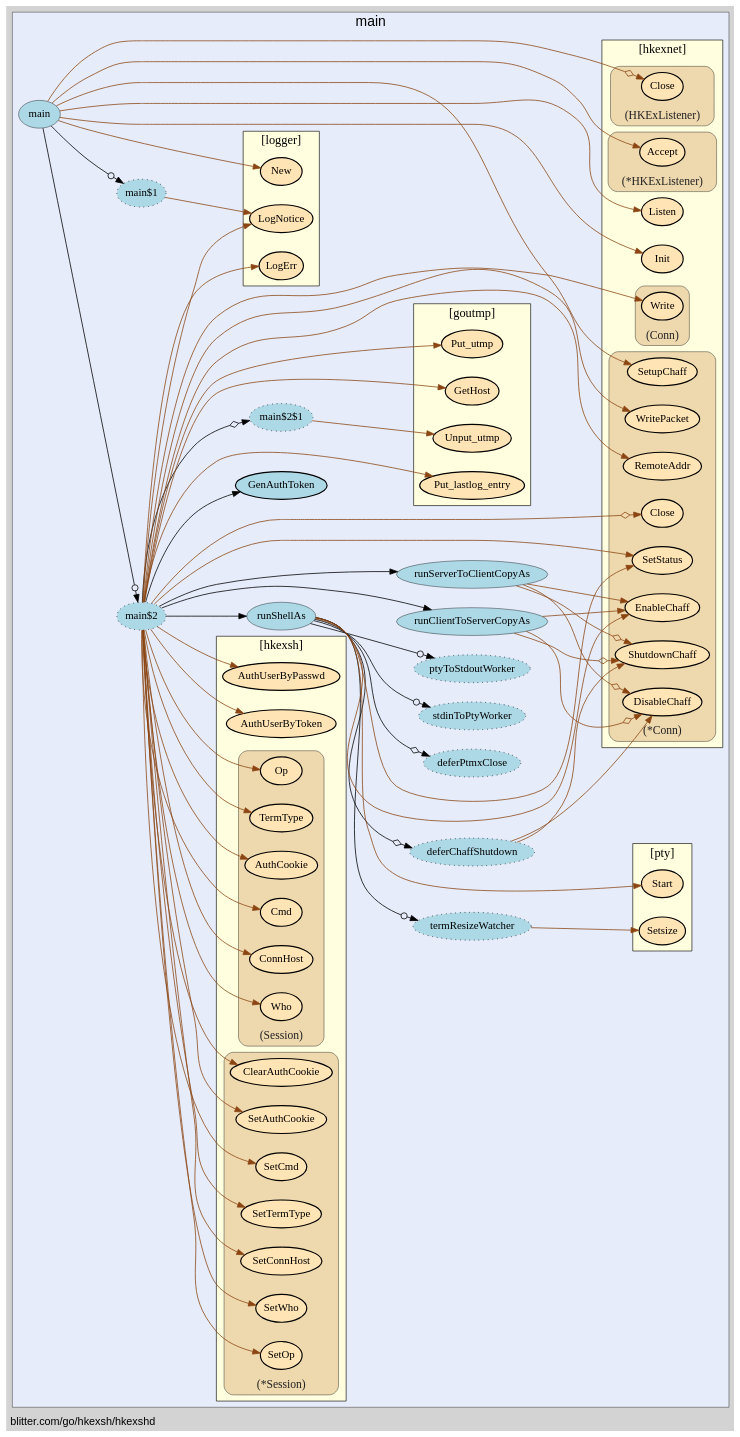
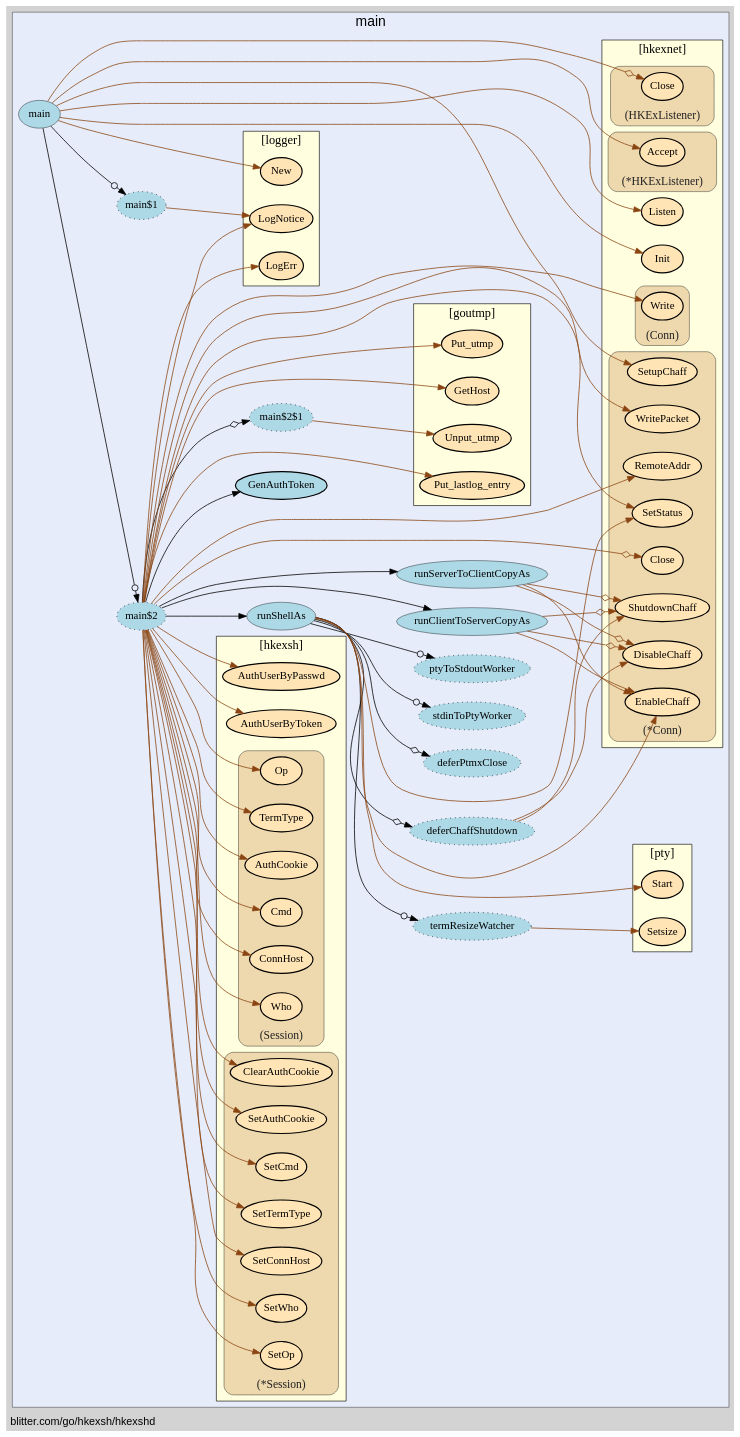
Before and after one commit to isgasho/xs: the diagram in hkexshd/hkexshd-vis.gv, drawn with Graphviz. The commit also changed 8 other files, not shown here.

Commit message:
Cleaned up/added commenting (hkexsh/, hkexnet/)

```diff
--- a/hkexshd/hkexshd-vis.gv
+++ b/hkexshd/hkexshd-vis.gv
@@ -14,171 +14,171 @@
     edge [minlen="2"]
 
     subgraph "cluster_focus" {
-        labelloc="t";
+        bgcolor="#e6ecfa";
+label="main";
+labelloc="t";
 labeljust="c";
 fontsize="18";
-bgcolor="#e6ecfa";
-label="main";
         
-        "blitter.com/go/hkexsh/hkexshd.runShellAs" [ fillcolor="lightblue" label="runShellAs" penwidth="0.5" ]
-        "blitter.com/go/hkexsh/hkexshd.runShellAs$1" [ fillcolor="lightblue" label="deferPtmxClose" style="dotted,filled" ]
-        "blitter.com/go/hkexsh/hkexshd.runShellAs$2" [ fillcolor="lightblue" label="termResizeWatcher" style="dotted,filled" ]
-        "blitter.com/go/hkexsh/hkexshd.runShellAs$3" [ fillcolor="lightblue" label="stdinToPtyWorker" style="dotted,filled" ]
+        "blitter.com/go/hkexsh/hkexshd.main$1" [ fillcolor="lightblue" label="main$1" style="dotted,filled" ]
+        "blitter.com/go/hkexsh/hkexshd.main$2$1" [ fillcolor="lightblue" label="main$2$1" style="dotted,filled" ]
         "blitter.com/go/hkexsh/hkexshd.runShellAs$4" [ fillcolor="lightblue" label="deferChaffShutdown" style="dotted,filled" ]
-        "blitter.com/go/hkexsh/hkexshd.runShellAs$5" [ fillcolor="lightblue" label="ptyToStdoutWorker" style="dotted,filled" ]
         "blitter.com/go/hkexsh/hkexshd.main" [ fillcolor="lightblue" label="main" penwidth="0.5" ]
-        "blitter.com/go/hkexsh/hkexshd.main$1" [ fillcolor="lightblue" label="main$1" style="dotted,filled" ]
         "blitter.com/go/hkexsh/hkexshd.main$2" [ fillcolor="lightblue" label="main$2" style="dotted,filled" ]
         "blitter.com/go/hkexsh/hkexshd.GenAuthToken" [ fillcolor="lightblue" label="GenAuthToken" penwidth="1.5" ]
-        "blitter.com/go/hkexsh/hkexshd.main$2$1" [ fillcolor="lightblue" label="main$2$1" style="dotted,filled" ]
-        "blitter.com/go/hkexsh/hkexshd.runClientToServerCopyAs" [ penwidth="0.5" fillcolor="lightblue" label="runClientToServerCopyAs" ]
+        "blitter.com/go/hkexsh/hkexshd.runShellAs" [ fillcolor="lightblue" label="runShellAs" penwidth="0.5" ]
+        "blitter.com/go/hkexsh/hkexshd.runShellAs$1" [ label="deferPtmxClose" style="dotted,filled" fillcolor="lightblue" ]
+        "blitter.com/go/hkexsh/hkexshd.runShellAs$2" [ style="dotted,filled" fillcolor="lightblue" label="termResizeWatcher" ]
+        "blitter.com/go/hkexsh/hkexshd.runShellAs$3" [ fillcolor="lightblue" label="stdinToPtyWorker" style="dotted,filled" ]
+        "blitter.com/go/hkexsh/hkexshd.runShellAs$5" [ fillcolor="lightblue" label="ptyToStdoutWorker" style="dotted,filled" ]
+        "blitter.com/go/hkexsh/hkexshd.runClientToServerCopyAs" [ fillcolor="lightblue" label="runClientToServerCopyAs" penwidth="0.5" ]
         "blitter.com/go/hkexsh/hkexshd.runServerToClientCopyAs" [ fillcolor="lightblue" label="runServerToClientCopyAs" penwidth="0.5" ]
         
         subgraph "cluster_blitter.com/go/goutmp" {
-        fontsize="16";
-style="filled";
-fillcolor="lightyellow";
+        fontname="bold";
 rank="sink";
-label="[goutmp]";
 tooltip="package: blitter.com/go/goutmp";
 penwidth="0.8";
-fontname="bold";
+fillcolor="lightyellow";
+label="[goutmp]";
 URL="/?f=blitter.com/go/goutmp";
+fontsize="16";
+style="filled";
         
-        "blitter.com/go/goutmp.GetHost" [ penwidth="1.5" fillcolor="moccasin" label="GetHost" ]
-        "blitter.com/go/goutmp.Put_utmp" [ fillcolor="moccasin" label="Put_utmp" penwidth="1.5" ]
-        "blitter.com/go/goutmp.Unput_utmp" [ fillcolor="moccasin" label="Unput_utmp" penwidth="1.5" ]
-        "blitter.com/go/goutmp.Put_lastlog_entry" [ label="Put_lastlog_entry" penwidth="1.5" fillcolor="moccasin" ]
+        "blitter.com/go/goutmp.Unput_utmp" [ label="Unput_utmp" penwidth="1.5" fillcolor="moccasin" ]
+        "blitter.com/go/goutmp.GetHost" [ fillcolor="moccasin" label="GetHost" penwidth="1.5" ]
+        "blitter.com/go/goutmp.Put_utmp" [ label="Put_utmp" penwidth="1.5" fillcolor="moccasin" ]
+        "blitter.com/go/goutmp.Put_lastlog_entry" [ fillcolor="moccasin" label="Put_lastlog_entry" penwidth="1.5" ]
         
     }
 
         subgraph "cluster_blitter.com/go/hkexsh" {
-        fontname="bold";
+        fillcolor="lightyellow";
+label="[hkexsh]";
+tooltip="package: blitter.com/go/hkexsh";
+penwidth="0.8";
+style="filled";
+fontname="bold";
 rank="sink";
 URL="/?f=blitter.com/go/hkexsh";
-penwidth="0.8";
-style="filled";
-fillcolor="lightyellow";
 fontsize="16";
-label="[hkexsh]";
-tooltip="package: blitter.com/go/hkexsh";
         
-        "blitter.com/go/hkexsh.AuthUserByToken" [ penwidth="1.5" fillcolor="moccasin" label="AuthUserByToken" ]
+        "blitter.com/go/hkexsh.AuthUserByToken" [ label="AuthUserByToken" penwidth="1.5" fillcolor="moccasin" ]
         "blitter.com/go/hkexsh.AuthUserByPasswd" [ fillcolor="moccasin" label="AuthUserByPasswd" penwidth="1.5" ]
         
         subgraph "cluster_*blitter.com/go/hkexsh.Session" {
-        fontcolor="#222222";
+        fontsize="15";
+fontcolor="#222222";
 labelloc="b";
 style="rounded,filled";
 fillcolor="wheat2";
 label="(*Session)";
 tooltip="type: *blitter.com/go/hkexsh.Session";
 penwidth="0.5";
-fontsize="15";
         
-        "(*blitter.com/go/hkexsh.Session).SetOp" [ penwidth="1.5" fillcolor="moccasin" label="SetOp" ]
+        "(*blitter.com/go/hkexsh.Session).SetOp" [ fillcolor="moccasin" label="SetOp" penwidth="1.5" ]
         "(*blitter.com/go/hkexsh.Session).SetWho" [ fillcolor="moccasin" label="SetWho" penwidth="1.5" ]
-        "(*blitter.com/go/hkexsh.Session).SetConnHost" [ fillcolor="moccasin" label="SetConnHost" penwidth="1.5" ]
-        "(*blitter.com/go/hkexsh.Session).SetTermType" [ fillcolor="moccasin" label="SetTermType" penwidth="1.5" ]
+        "(*blitter.com/go/hkexsh.Session).SetConnHost" [ penwidth="1.5" fillcolor="moccasin" label="SetConnHost" ]
+        "(*blitter.com/go/hkexsh.Session).SetTermType" [ label="SetTermType" penwidth="1.5" fillcolor="moccasin" ]
         "(*blitter.com/go/hkexsh.Session).SetCmd" [ fillcolor="moccasin" label="SetCmd" penwidth="1.5" ]
-        "(*blitter.com/go/hkexsh.Session).SetAuthCookie" [ penwidth="1.5" fillcolor="moccasin" label="SetAuthCookie" ]
-        "(*blitter.com/go/hkexsh.Session).ClearAuthCookie" [ fillcolor="moccasin" label="ClearAuthCookie" penwidth="1.5" ]
+        "(*blitter.com/go/hkexsh.Session).SetAuthCookie" [ fillcolor="moccasin" label="SetAuthCookie" penwidth="1.5" ]
+        "(*blitter.com/go/hkexsh.Session).ClearAuthCookie" [ label="ClearAuthCookie" penwidth="1.5" fillcolor="moccasin" ]
         
     }
 
         subgraph "cluster_blitter.com/go/hkexsh.Session" {
-        labelloc="b";
-style="rounded,filled";
-fillcolor="wheat2";
+        fillcolor="wheat2";
 label="(Session)";
 tooltip="type: blitter.com/go/hkexsh.Session";
 penwidth="0.5";
 fontsize="15";
 fontcolor="#222222";
+labelloc="b";
+style="rounded,filled";
         
         "(blitter.com/go/hkexsh.Session).Op" [ fillcolor="moccasin" label="Op" penwidth="1.5" ]
         "(blitter.com/go/hkexsh.Session).Who" [ fillcolor="moccasin" label="Who" penwidth="1.5" ]
-        "(blitter.com/go/hkexsh.Session).ConnHost" [ label="ConnHost" penwidth="1.5" fillcolor="moccasin" ]
-        "(blitter.com/go/hkexsh.Session).Cmd" [ fillcolor="moccasin" label="Cmd" penwidth="1.5" ]
+        "(blitter.com/go/hkexsh.Session).ConnHost" [ fillcolor="moccasin" label="ConnHost" penwidth="1.5" ]
+        "(blitter.com/go/hkexsh.Session).Cmd" [ penwidth="1.5" fillcolor="moccasin" label="Cmd" ]
         "(blitter.com/go/hkexsh.Session).AuthCookie" [ fillcolor="moccasin" label="AuthCookie" penwidth="1.5" ]
-        "(blitter.com/go/hkexsh.Session).TermType" [ label="TermType" penwidth="1.5" fillcolor="moccasin" ]
+        "(blitter.com/go/hkexsh.Session).TermType" [ fillcolor="moccasin" label="TermType" penwidth="1.5" ]
         
     }
 
     }
 
         subgraph "cluster_blitter.com/go/hkexsh/hkexnet" {
-        style="filled";
-fillcolor="lightyellow";
-fontname="bold";
+        fontsize="16";
+URL="/?f=blitter.com/go/hkexsh/hkexnet";
 rank="sink";
-URL="/?f=blitter.com/go/hkexsh/hkexnet";
-fontsize="16";
 label="[hkexnet]";
 tooltip="package: blitter.com/go/hkexsh/hkexnet";
 penwidth="0.8";
+style="filled";
+fillcolor="lightyellow";
+fontname="bold";
         
         "blitter.com/go/hkexsh/hkexnet.Init" [ fillcolor="moccasin" label="Init" penwidth="1.5" ]
         "blitter.com/go/hkexsh/hkexnet.Listen" [ fillcolor="moccasin" label="Listen" penwidth="1.5" ]
         
         subgraph "cluster_*blitter.com/go/hkexsh/hkexnet.Conn" {
-        penwidth="0.5";
+        tooltip="type: *blitter.com/go/hkexsh/hkexnet.Conn";
+penwidth="0.5";
 fontsize="15";
 fontcolor="#222222";
 labelloc="b";
 style="rounded,filled";
 fillcolor="wheat2";
 label="(*Conn)";
-tooltip="type: *blitter.com/go/hkexsh/hkexnet.Conn";
         
-        "(*blitter.com/go/hkexsh/hkexnet.Conn).EnableChaff" [ fillcolor="moccasin" label="EnableChaff" penwidth="1.5" ]
         "(*blitter.com/go/hkexsh/hkexnet.Conn).DisableChaff" [ fillcolor="moccasin" label="DisableChaff" penwidth="1.5" ]
         "(*blitter.com/go/hkexsh/hkexnet.Conn).ShutdownChaff" [ fillcolor="moccasin" label="ShutdownChaff" penwidth="1.5" ]
+        "(*blitter.com/go/hkexsh/hkexnet.Conn).SetupChaff" [ fillcolor="moccasin" label="SetupChaff" penwidth="1.5" ]
+        "(*blitter.com/go/hkexsh/hkexnet.Conn).Close" [ fillcolor="moccasin" label="Close" penwidth="1.5" ]
+        "(*blitter.com/go/hkexsh/hkexnet.Conn).RemoteAddr" [ label="RemoteAddr" penwidth="1.5" fillcolor="moccasin" ]
+        "(*blitter.com/go/hkexsh/hkexnet.Conn).EnableChaff" [ fillcolor="moccasin" label="EnableChaff" penwidth="1.5" ]
         "(*blitter.com/go/hkexsh/hkexnet.Conn).SetStatus" [ fillcolor="moccasin" label="SetStatus" penwidth="1.5" ]
-        "(*blitter.com/go/hkexsh/hkexnet.Conn).SetupChaff" [ label="SetupChaff" penwidth="1.5" fillcolor="moccasin" ]
-        "(*blitter.com/go/hkexsh/hkexnet.Conn).Close" [ label="Close" penwidth="1.5" fillcolor="moccasin" ]
-        "(*blitter.com/go/hkexsh/hkexnet.Conn).RemoteAddr" [ fillcolor="moccasin" label="RemoteAddr" penwidth="1.5" ]
-        "(*blitter.com/go/hkexsh/hkexnet.Conn).WritePacket" [ fillcolor="moccasin" label="WritePacket" penwidth="1.5" ]
+        "(*blitter.com/go/hkexsh/hkexnet.Conn).WritePacket" [ label="WritePacket" penwidth="1.5" fillcolor="moccasin" ]
         
     }
 
         subgraph "cluster_*blitter.com/go/hkexsh/hkexnet.HKExListener" {
-        fontcolor="#222222";
+        tooltip="type: *blitter.com/go/hkexsh/hkexnet.HKExListener";
+penwidth="0.5";
+fontsize="15";
+fontcolor="#222222";
 labelloc="b";
 style="rounded,filled";
 fillcolor="wheat2";
 label="(*HKExListener)";
-tooltip="type: *blitter.com/go/hkexsh/hkexnet.HKExListener";
-penwidth="0.5";
-fontsize="15";
         
         "(*blitter.com/go/hkexsh/hkexnet.HKExListener).Accept" [ fillcolor="moccasin" label="Accept" penwidth="1.5" ]
         
     }
 
         subgraph "cluster_blitter.com/go/hkexsh/hkexnet.Conn" {
-        penwidth="0.5";
-fontsize="15";
-fontcolor="#222222";
+        fontcolor="#222222";
 labelloc="b";
 style="rounded,filled";
 fillcolor="wheat2";
 label="(Conn)";
 tooltip="type: blitter.com/go/hkexsh/hkexnet.Conn";
+penwidth="0.5";
+fontsize="15";
         
-        "(blitter.com/go/hkexsh/hkexnet.Conn).Write" [ fillcolor="moccasin" label="Write" penwidth="1.5" ]
+        "(blitter.com/go/hkexsh/hkexnet.Conn).Write" [ label="Write" penwidth="1.5" fillcolor="moccasin" ]
         
     }
 
         subgraph "cluster_blitter.com/go/hkexsh/hkexnet.HKExListener" {
-        label="(HKExListener)";
+        fillcolor="wheat2";
+label="(HKExListener)";
 tooltip="type: blitter.com/go/hkexsh/hkexnet.HKExListener";
 penwidth="0.5";
 fontsize="15";
 fontcolor="#222222";
 labelloc="b";
 style="rounded,filled";
-fillcolor="wheat2";
         
         "(blitter.com/go/hkexsh/hkexnet.HKExListener).Close" [ fillcolor="moccasin" label="Close" penwidth="1.5" ]
         
@@ -188,53 +188,45 @@
 
         subgraph "cluster_blitter.com/go/hkexsh/logger" {
         penwidth="0.8";
-rank="sink";
 fontsize="16";
 style="filled";
+rank="sink";
 fillcolor="lightyellow";
 fontname="bold";
 label="[logger]";
 URL="/?f=blitter.com/go/hkexsh/logger";
 tooltip="package: blitter.com/go/hkexsh/logger";
         
+        "blitter.com/go/hkexsh/logger.LogNotice" [ fillcolor="moccasin" label="LogNotice" penwidth="1.5" ]
         "blitter.com/go/hkexsh/logger.New" [ fillcolor="moccasin" label="New" penwidth="1.5" ]
-        "blitter.com/go/hkexsh/logger.LogNotice" [ penwidth="1.5" fillcolor="moccasin" label="LogNotice" ]
-        "blitter.com/go/hkexsh/logger.LogErr" [ penwidth="1.5" fillcolor="moccasin" label="LogErr" ]
+        "blitter.com/go/hkexsh/logger.LogErr" [ fillcolor="moccasin" label="LogErr" penwidth="1.5" ]
         
     }
 
         subgraph "cluster_github.com/kr/pty" {
-        style="filled";
+        penwidth="0.8";
+fillcolor="lightyellow";
+tooltip="package: github.com/kr/pty";
 label="[pty]";
 URL="/?f=github.com/kr/pty";
-penwidth="0.8";
 fontsize="16";
-fillcolor="lightyellow";
+style="filled";
 fontname="bold";
 rank="sink";
-tooltip="package: github.com/kr/pty";
         
-        "github.com/kr/pty.Start" [ fillcolor="moccasin" label="Start" penwidth="1.5" ]
+        "github.com/kr/pty.Start" [ label="Start" penwidth="1.5" fillcolor="moccasin" ]
         "github.com/kr/pty.Setsize" [ fillcolor="moccasin" label="Setsize" penwidth="1.5" ]
         
     }
 
     }
 
-    "blitter.com/go/hkexsh/hkexshd.runShellAs" -> "github.com/kr/pty.Start" [ color="saddlebrown" ]
-    "blitter.com/go/hkexsh/hkexshd.runShellAs" -> "blitter.com/go/hkexsh/hkexshd.runShellAs$1" [ arrowhead="normalnoneodiamond" ]
-    "blitter.com/go/hkexsh/hkexshd.runShellAs$2" -> "github.com/kr/pty.Setsize" [ color="saddlebrown" ]
-    "blitter.com/go/hkexsh/hkexshd.runShellAs" -> "blitter.com/go/hkexsh/hkexshd.runShellAs$2" [ arrowhead="normalnoneodot" ]
-    "blitter.com/go/hkexsh/hkexshd.runShellAs" -> "blitter.com/go/hkexsh/hkexshd.runShellAs$3" [ arrowhead="normalnoneodot" ]
-    "blitter.com/go/hkexsh/hkexshd.runShellAs" -> "(*blitter.com/go/hkexsh/hkexnet.Conn).EnableChaff" [ color="saddlebrown" ]
+    "blitter.com/go/hkexsh/hkexshd.main$1" -> "blitter.com/go/hkexsh/logger.LogNotice" [ color="saddlebrown" ]
+    "blitter.com/go/hkexsh/hkexshd.main$2$1" -> "blitter.com/go/goutmp.Unput_utmp" [ color="saddlebrown" ]
     "blitter.com/go/hkexsh/hkexshd.runShellAs$4" -> "(*blitter.com/go/hkexsh/hkexnet.Conn).DisableChaff" [ color="saddlebrown" ]
     "blitter.com/go/hkexsh/hkexshd.runShellAs$4" -> "(*blitter.com/go/hkexsh/hkexnet.Conn).ShutdownChaff" [ color="saddlebrown" ]
-    "blitter.com/go/hkexsh/hkexshd.runShellAs" -> "blitter.com/go/hkexsh/hkexshd.runShellAs$4" [ arrowhead="normalnoneodiamond" ]
-    "blitter.com/go/hkexsh/hkexshd.runShellAs" -> "blitter.com/go/hkexsh/hkexshd.runShellAs$5" [ arrowhead="normalnoneodot" ]
-    "blitter.com/go/hkexsh/hkexshd.runShellAs" -> "(*blitter.com/go/hkexsh/hkexnet.Conn).SetStatus" [ color="saddlebrown" ]
     "blitter.com/go/hkexsh/hkexshd.main" -> "blitter.com/go/hkexsh/logger.New" [ color="saddlebrown" ]
     "blitter.com/go/hkexsh/hkexshd.main" -> "blitter.com/go/hkexsh/hkexnet.Init" [ color="saddlebrown" ]
-    "blitter.com/go/hkexsh/hkexshd.main$1" -> "blitter.com/go/hkexsh/logger.LogNotice" [ color="saddlebrown" ]
     "blitter.com/go/hkexsh/hkexshd.main" -> "blitter.com/go/hkexsh/hkexshd.main$1" [ arrowhead="normalnoneodot" ]
     "blitter.com/go/hkexsh/hkexshd.main" -> "blitter.com/go/hkexsh/hkexnet.Listen" [ color="saddlebrown" ]
     "blitter.com/go/hkexsh/hkexshd.main" -> "(blitter.com/go/hkexsh/hkexnet.HKExListener).Close" [ arrowhead="normalnoneodiamond" color="saddlebrown" ]
@@ -261,20 +253,28 @@
     "blitter.com/go/hkexsh/hkexshd.main$2" -> "blitter.com/go/goutmp.GetHost" [ color="saddlebrown" ]
     "blitter.com/go/hkexsh/hkexshd.main$2" -> "blitter.com/go/hkexsh/hkexshd.GenAuthToken" [  ]
     "blitter.com/go/hkexsh/hkexshd.main$2" -> "(blitter.com/go/hkexsh.Session).TermType" [ color="saddlebrown" ]
+    "blitter.com/go/hkexsh/hkexshd.runShellAs" -> "github.com/kr/pty.Start" [ color="saddlebrown" ]
+    "blitter.com/go/hkexsh/hkexshd.runShellAs" -> "blitter.com/go/hkexsh/hkexshd.runShellAs$1" [ arrowhead="normalnoneodiamond" ]
+    "blitter.com/go/hkexsh/hkexshd.runShellAs$2" -> "github.com/kr/pty.Setsize" [ color="saddlebrown" ]
+    "blitter.com/go/hkexsh/hkexshd.runShellAs" -> "blitter.com/go/hkexsh/hkexshd.runShellAs$2" [ arrowhead="normalnoneodot" ]
+    "blitter.com/go/hkexsh/hkexshd.runShellAs" -> "blitter.com/go/hkexsh/hkexshd.runShellAs$3" [ arrowhead="normalnoneodot" ]
+    "blitter.com/go/hkexsh/hkexshd.runShellAs" -> "(*blitter.com/go/hkexsh/hkexnet.Conn).EnableChaff" [ color="saddlebrown" ]
+    "blitter.com/go/hkexsh/hkexshd.runShellAs" -> "blitter.com/go/hkexsh/hkexshd.runShellAs$4" [ arrowhead="normalnoneodiamond" ]
+    "blitter.com/go/hkexsh/hkexshd.runShellAs" -> "blitter.com/go/hkexsh/hkexshd.runShellAs$5" [ arrowhead="normalnoneodot" ]
+    "blitter.com/go/hkexsh/hkexshd.runShellAs" -> "(*blitter.com/go/hkexsh/hkexnet.Conn).SetStatus" [ color="saddlebrown" ]
     "blitter.com/go/hkexsh/hkexshd.main$2" -> "blitter.com/go/hkexsh/hkexshd.runShellAs" [  ]
     "blitter.com/go/hkexsh/hkexshd.main$2" -> "blitter.com/go/hkexsh/logger.LogErr" [ color="saddlebrown" ]
     "blitter.com/go/hkexsh/hkexshd.main$2" -> "(*blitter.com/go/hkexsh/hkexnet.Conn).SetStatus" [ color="saddlebrown" ]
     "blitter.com/go/hkexsh/hkexshd.main$2" -> "blitter.com/go/goutmp.Put_utmp" [ color="saddlebrown" ]
-    "blitter.com/go/hkexsh/hkexshd.main$2$1" -> "blitter.com/go/goutmp.Unput_utmp" [ color="saddlebrown" ]
     "blitter.com/go/hkexsh/hkexshd.main$2" -> "blitter.com/go/hkexsh/hkexshd.main$2$1" [ arrowhead="normalnoneodiamond" ]
     "blitter.com/go/hkexsh/hkexshd.main$2" -> "blitter.com/go/goutmp.Put_lastlog_entry" [ color="saddlebrown" ]
     "blitter.com/go/hkexsh/hkexshd.runClientToServerCopyAs" -> "(*blitter.com/go/hkexsh/hkexnet.Conn).EnableChaff" [ color="saddlebrown" ]
     "blitter.com/go/hkexsh/hkexshd.runClientToServerCopyAs" -> "(*blitter.com/go/hkexsh/hkexnet.Conn).DisableChaff" [ arrowhead="normalnoneodiamond" color="saddlebrown" ]
-    "blitter.com/go/hkexsh/hkexshd.runClientToServerCopyAs" -> "(*blitter.com/go/hkexsh/hkexnet.Conn).ShutdownChaff" [ arrowhead="normalnoneodiamond" color="saddlebrown" ]
+    "blitter.com/go/hkexsh/hkexshd.runClientToServerCopyAs" -> "(*blitter.com/go/hkexsh/hkexnet.Conn).ShutdownChaff" [ color="saddlebrown" arrowhead="normalnoneodiamond" ]
     "blitter.com/go/hkexsh/hkexshd.main$2" -> "blitter.com/go/hkexsh/hkexshd.runClientToServerCopyAs" [  ]
     "blitter.com/go/hkexsh/hkexshd.main$2" -> "(*blitter.com/go/hkexsh/hkexnet.Conn).WritePacket" [ color="saddlebrown" ]
     "blitter.com/go/hkexsh/hkexshd.runServerToClientCopyAs" -> "(*blitter.com/go/hkexsh/hkexnet.Conn).EnableChaff" [ color="saddlebrown" ]
-    "blitter.com/go/hkexsh/hkexshd.runServerToClientCopyAs" -> "(*blitter.com/go/hkexsh/hkexnet.Conn).DisableChaff" [ color="saddlebrown" arrowhead="normalnoneodiamond" ]
+    "blitter.com/go/hkexsh/hkexshd.runServerToClientCopyAs" -> "(*blitter.com/go/hkexsh/hkexnet.Conn).DisableChaff" [ arrowhead="normalnoneodiamond" color="saddlebrown" ]
     "blitter.com/go/hkexsh/hkexshd.runServerToClientCopyAs" -> "(*blitter.com/go/hkexsh/hkexnet.Conn).ShutdownChaff" [ arrowhead="normalnoneodiamond" color="saddlebrown" ]
     "blitter.com/go/hkexsh/hkexshd.main$2" -> "blitter.com/go/hkexsh/hkexshd.runServerToClientCopyAs" [  ]
     "blitter.com/go/hkexsh/hkexshd.main" -> "blitter.com/go/hkexsh/hkexshd.main$2" [ arrowhead="normalnoneodot" ]
```
